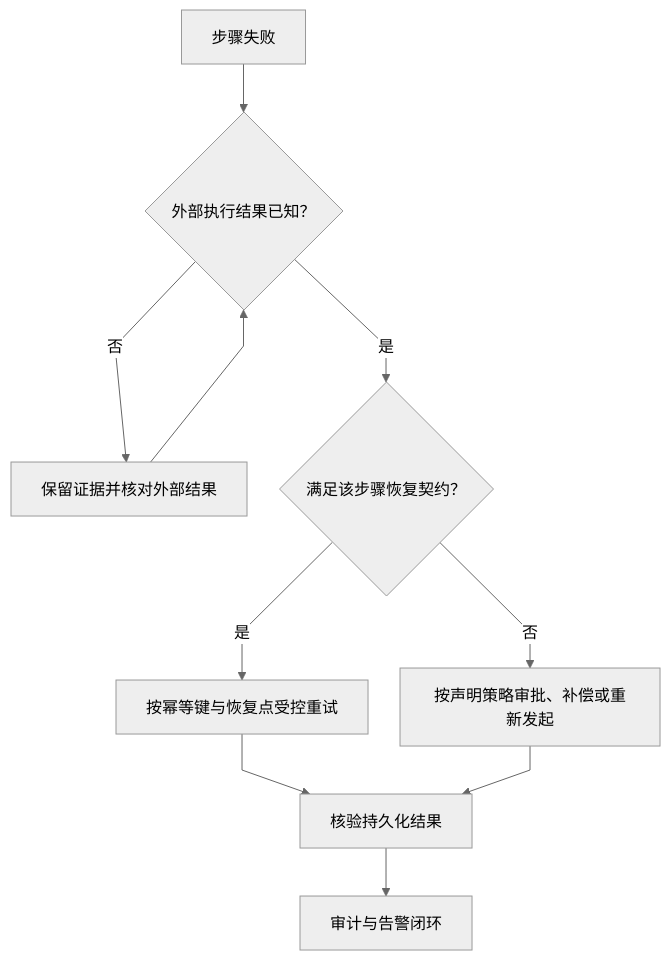
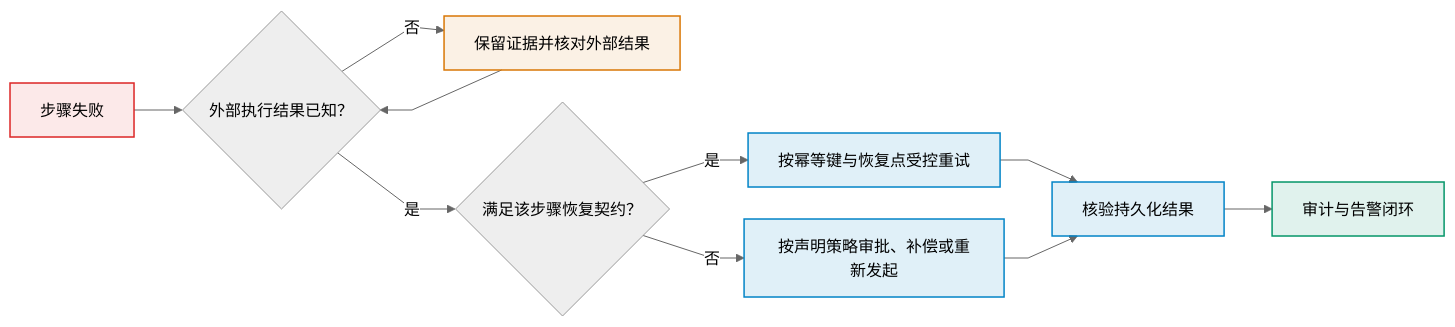
Before and after one commit to pinpols/file-batch-system: the eighth of 8 diagrams in docs/design/file-pipeline-design.md, drawn with Mermaid (neutral theme). The commit also changed other lines of this file and 11 other files, not shown here.

First line of the commit message:
docs(diagram): P2 文档图按图例统一并按源码核对状态机 (#1383)

````diff
--- a/docs/design/file-pipeline-design.md
+++ b/docs/design/file-pipeline-design.md
@@ -1069,13 +1087,24 @@
 ```mermaid
 %%{init: {"flowchart":{"curve":"linear","nodeSpacing":32,"rankSpacing":48},"sequence":{"mirrorActors":false}}}%%
-flowchart TB
-  F[步骤失败] --> K{外部执行结果已知？}
-  K -->|否| U[保留证据并核对外部结果]
+flowchart LR
+  F["步骤失败"]:::fail --> K{"外部执行结果已知？"}
+  K -->|"否"| U["保留证据并核对外部结果"]:::wait
   U --> K
-  K -->|是| R{满足该步骤恢复契约？}
-  R -->|是| E[按幂等键与恢复点受控重试]
-  R -->|否| M[按声明策略审批、补偿或重新发起]
-  E --> V[核验持久化结果]
+  K -->|"是"| R{"满足该步骤恢复契约？"}
+  R -->|"是"| E["按幂等键与恢复点受控重试"]:::control
+  R -->|"否"| M["按声明策略审批、补偿或重新发起"]:::control
+  E --> V["核验持久化结果"]:::control
   M --> V
-  V --> A[审计与告警闭环]
+  V --> A["审计与告警闭环"]:::ok
+  classDef entry fill:#6366f11f,stroke:#6366f1,stroke-width:1.5px
+  classDef control fill:#0284c71f,stroke:#0284c7,stroke-width:1.5px
+  classDef mq fill:#d977061f,stroke:#d97706,stroke-width:1.5px
+  classDef worker fill:#0596691f,stroke:#059669,stroke-width:1.5px
+  classDef store fill:#7c3aed1f,stroke:#7c3aed,stroke-width:1.5px
+  classDef ext fill:#64748b14,stroke:#64748b,stroke-width:1.2px,stroke-dasharray:4 3
+  classDef lib fill:#64748b14,stroke:#64748b,stroke-width:1.2px
+  classDef ok fill:#0596691f,stroke:#059669,stroke-width:1.5px
+  classDef fail fill:#dc26261a,stroke:#dc2626,stroke-width:1.5px
+  classDef wait fill:#d977061a,stroke:#d97706,stroke-width:1.5px
+  classDef muted fill:#64748b14,stroke:#64748b,stroke-width:1.2px,stroke-dasharray:4 3
 ```
````
